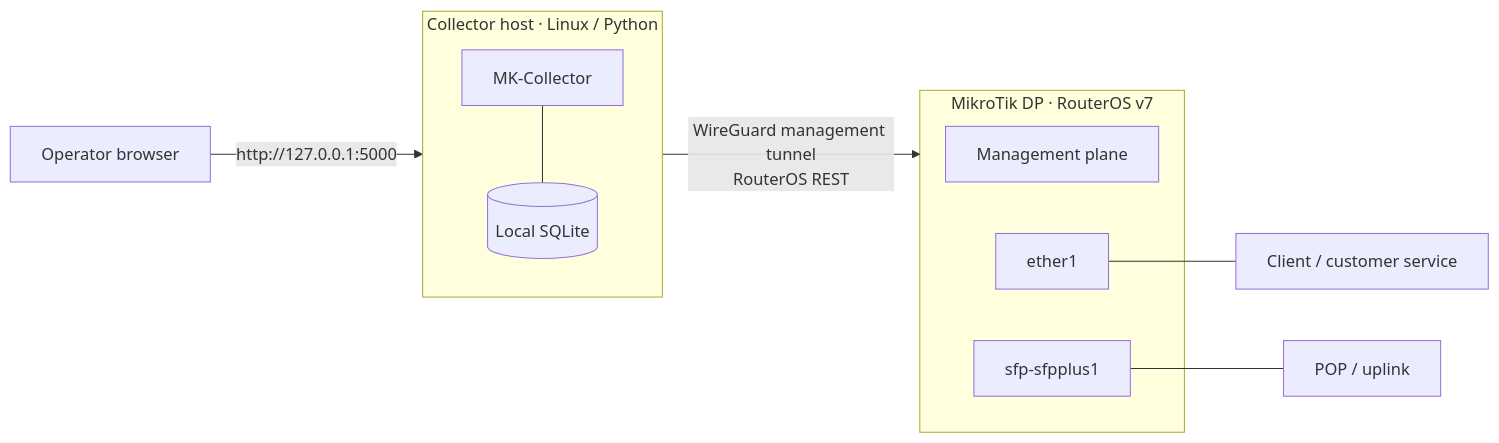
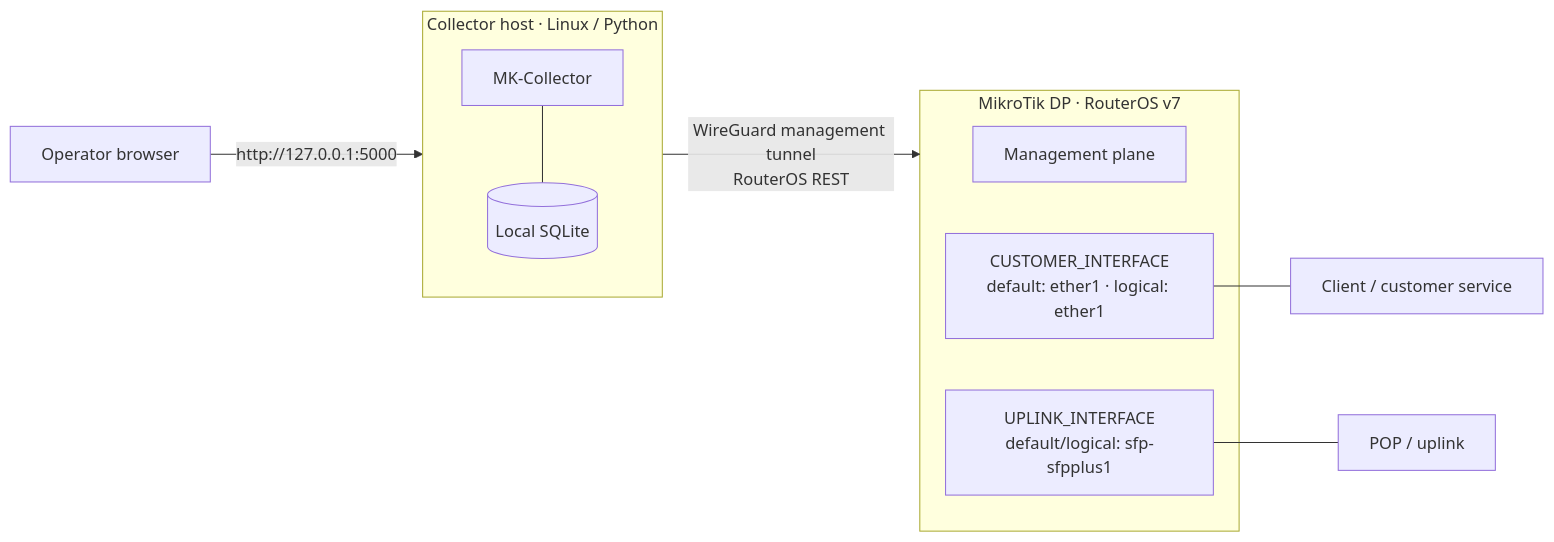
Before and after one commit to Y4el-Waka/MK-Collector: the diagram in docs/diagrams/topology.md, drawn with Mermaid. The commit also changed 11 other files, not shown here.

````diff
--- a/docs/diagrams/topology.md
+++ b/docs/diagrams/topology.md
@@ -5,21 +5,21 @@
 ```mermaid
 flowchart LR
     USER["Operator browser"] -->|"http://127.0.0.1:5000"| HOST
 
     subgraph HOST["Collector host · Linux / Python"]
         APP["MK-Collector"]
         SQLITE[("Local SQLite")]
         APP --- SQLITE
     end
 
     HOST -->|"WireGuard management tunnel<br/>RouterOS REST"| ROUTER
 
     subgraph ROUTER["MikroTik DP · RouterOS v7"]
         MGMT["Management plane"]
-        ETH["ether1"]
-        SFP["sfp-sfpplus1"]
+        ETH["CUSTOMER_INTERFACE<br/>default: ether1 · logical: ether1"]
+        SFP["UPLINK_INTERFACE<br/>default/logical: sfp-sfpplus1"]
     end
 
     ETH --- CLIENT["Client / customer service"]
     SFP --- UPLINK["POP / uplink"]
 ```
````
